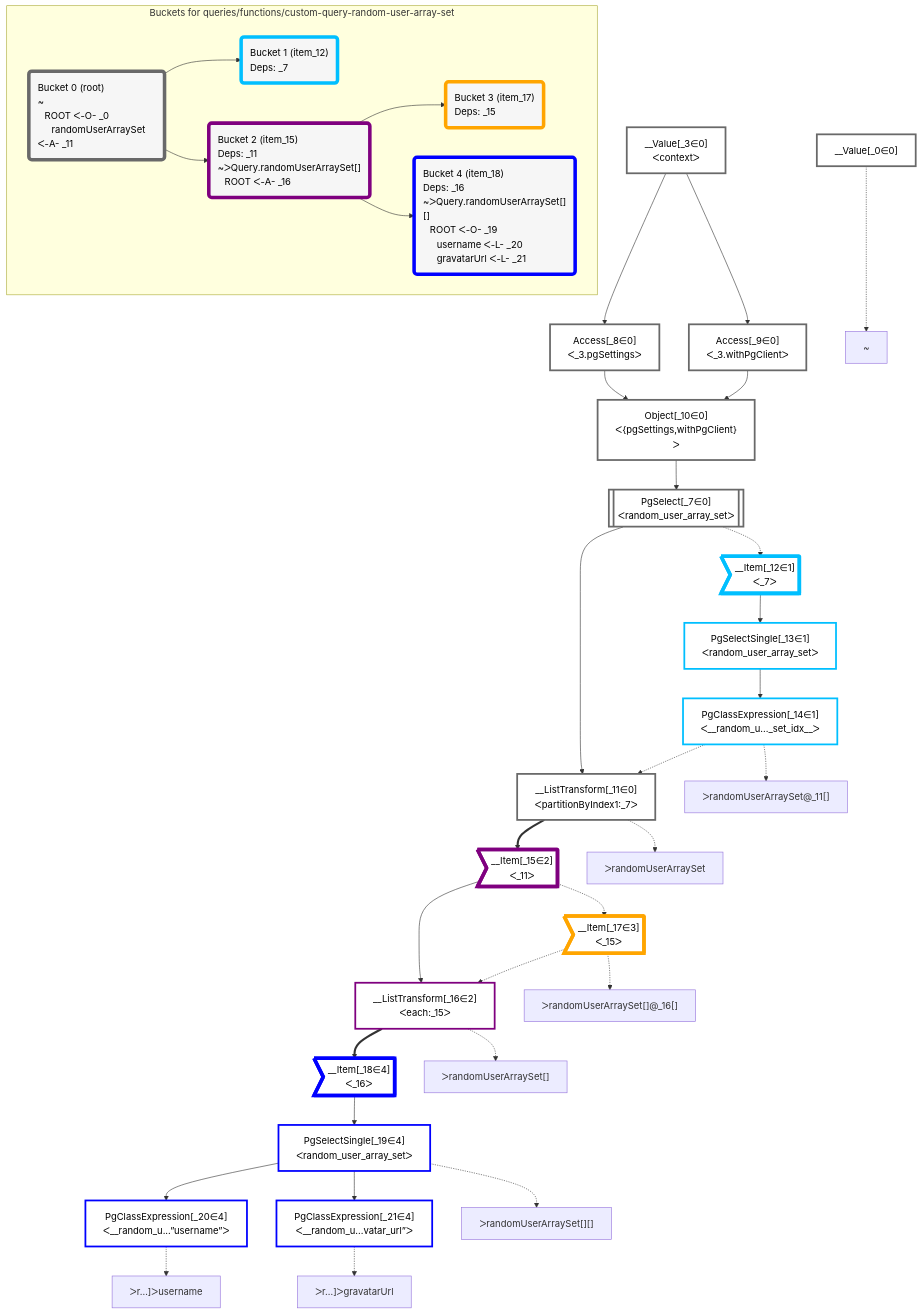
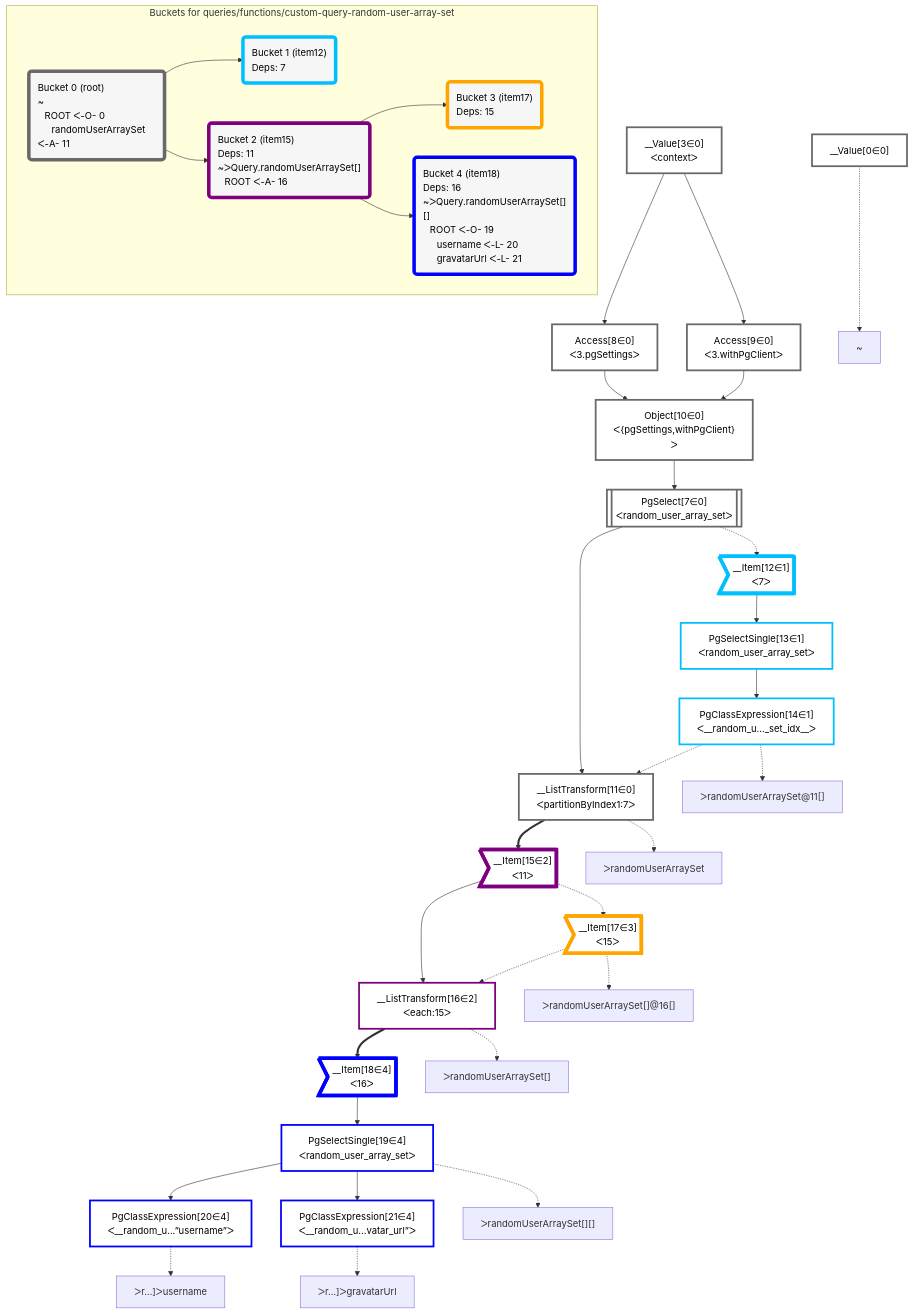
Before and after one commit to graphile/crystal: the diagram in packages/dataplan-pg/__tests__/queries/functions/custom-query-random-user-array-set.mermaid.md, drawn with Mermaid. The commit also changed 195 other files, not shown here.

```diff
--- a/packages/dataplan-pg/__tests__/queries/functions/custom-query-random-user-array-set.mermaid.md
+++ b/packages/dataplan-pg/__tests__/queries/functions/custom-query-random-user-array-set.mermaid.md
@@ -8,77 +8,77 @@
 
 
     %% define plans
-    __Value_0["__Value[_0∈0]"]:::plan
-    PgClassExpression_20["PgClassExpression[_20∈4]<br />ᐸ__random_u...”username”ᐳ"]:::plan
-    PgClassExpression_21["PgClassExpression[_21∈4]<br />ᐸ__random_u...vatar_url”ᐳ"]:::plan
-    PgSelectSingle_19["PgSelectSingle[_19∈4]<br />ᐸrandom_user_array_setᐳ"]:::plan
-    __Item_18>"__Item[_18∈4]<br />ᐸ_16ᐳ"]:::itemplan
-    __ListTransform_16["__ListTransform[_16∈2]<br />ᐸeach:_15ᐳ"]:::plan
-    __Item_17>"__Item[_17∈3]<br />ᐸ_15ᐳ"]:::itemplan
-    __Item_15>"__Item[_15∈2]<br />ᐸ_11ᐳ"]:::itemplan
-    __ListTransform_11["__ListTransform[_11∈0]<br />ᐸpartitionByIndex1:_7ᐳ"]:::plan
-    PgClassExpression_14["PgClassExpression[_14∈1]<br />ᐸ__random_u..._set_idx__ᐳ"]:::plan
-    PgSelectSingle_13["PgSelectSingle[_13∈1]<br />ᐸrandom_user_array_setᐳ"]:::plan
-    __Item_12>"__Item[_12∈1]<br />ᐸ_7ᐳ"]:::itemplan
-    PgSelect_7[["PgSelect[_7∈0]<br />ᐸrandom_user_array_setᐳ"]]:::plan
-    Object_10["Object[_10∈0]<br />ᐸ{pgSettings,withPgClient}ᐳ"]:::plan
-    Access_8["Access[_8∈0]<br />ᐸ_3.pgSettingsᐳ"]:::plan
-    Access_9["Access[_9∈0]<br />ᐸ_3.withPgClientᐳ"]:::plan
-    __Value_3["__Value[_3∈0]<br />ᐸcontextᐳ"]:::plan
+    __Value0["__Value[0∈0]"]:::plan
+    PgClassExpression20["PgClassExpression[20∈4]<br />ᐸ__random_u...”username”ᐳ"]:::plan
+    PgClassExpression21["PgClassExpression[21∈4]<br />ᐸ__random_u...vatar_url”ᐳ"]:::plan
+    PgSelectSingle19["PgSelectSingle[19∈4]<br />ᐸrandom_user_array_setᐳ"]:::plan
+    __Item18>"__Item[18∈4]<br />ᐸ16ᐳ"]:::itemplan
+    __ListTransform16["__ListTransform[16∈2]<br />ᐸeach:15ᐳ"]:::plan
+    __Item17>"__Item[17∈3]<br />ᐸ15ᐳ"]:::itemplan
+    __Item15>"__Item[15∈2]<br />ᐸ11ᐳ"]:::itemplan
+    __ListTransform11["__ListTransform[11∈0]<br />ᐸpartitionByIndex1:7ᐳ"]:::plan
+    PgClassExpression14["PgClassExpression[14∈1]<br />ᐸ__random_u..._set_idx__ᐳ"]:::plan
+    PgSelectSingle13["PgSelectSingle[13∈1]<br />ᐸrandom_user_array_setᐳ"]:::plan
+    __Item12>"__Item[12∈1]<br />ᐸ7ᐳ"]:::itemplan
+    PgSelect7[["PgSelect[7∈0]<br />ᐸrandom_user_array_setᐳ"]]:::plan
+    Object10["Object[10∈0]<br />ᐸ{pgSettings,withPgClient}ᐳ"]:::plan
+    Access8["Access[8∈0]<br />ᐸ3.pgSettingsᐳ"]:::plan
+    Access9["Access[9∈0]<br />ᐸ3.withPgClientᐳ"]:::plan
+    __Value3["__Value[3∈0]<br />ᐸcontextᐳ"]:::plan
 
     %% plan dependencies
-    PgSelectSingle_19 --> PgClassExpression_20
-    PgSelectSingle_19 --> PgClassExpression_21
-    __Item_18 --> PgSelectSingle_19
-    __ListTransform_16 ==> __Item_18
-    __Item_15 --> __ListTransform_16
-    __Item_17 -.-> __ListTransform_16
-    __Item_15 -.-> __Item_17
-    __ListTransform_11 ==> __Item_15
-    PgSelect_7 --> __ListTransform_11
-    PgClassExpression_14 -.-> __ListTransform_11
-    PgSelectSingle_13 --> PgClassExpression_14
-    __Item_12 --> PgSelectSingle_13
-    PgSelect_7 -.-> __Item_12
-    Object_10 --> PgSelect_7
-    Access_8 & Access_9 --> Object_10
-    __Value_3 --> Access_8
-    __Value_3 --> Access_9
+    PgSelectSingle19 --> PgClassExpression20
+    PgSelectSingle19 --> PgClassExpression21
+    __Item18 --> PgSelectSingle19
+    __ListTransform16 ==> __Item18
+    __Item15 --> __ListTransform16
+    __Item17 -.-> __ListTransform16
+    __Item15 -.-> __Item17
+    __ListTransform11 ==> __Item15
+    PgSelect7 --> __ListTransform11
+    PgClassExpression14 -.-> __ListTransform11
+    PgSelectSingle13 --> PgClassExpression14
+    __Item12 --> PgSelectSingle13
+    PgSelect7 -.-> __Item12
+    Object10 --> PgSelect7
+    Access8 & Access9 --> Object10
+    __Value3 --> Access8
+    __Value3 --> Access9
 
     %% plan-to-path relationships
-    P_0["~"]
-    __Value_0 -.-> P_0
-    P_11["ᐳrandomUserArraySet"]
-    __ListTransform_11 -.-> P_11
-    P_14["ᐳrandomUserArraySet@_11[]"]
-    PgClassExpression_14 -.-> P_14
-    P_16["ᐳrandomUserArraySet[]"]
-    __ListTransform_16 -.-> P_16
-    P_17["ᐳrandomUserArraySet[]@_16[]"]
-    __Item_17 -.-> P_17
-    P_19["ᐳrandomUserArraySet[][]"]
-    PgSelectSingle_19 -.-> P_19
-    P_20["ᐳr…]ᐳusername"]
-    PgClassExpression_20 -.-> P_20
-    P_21["ᐳr…]ᐳgravatarUrl"]
-    PgClassExpression_21 -.-> P_21
+    P0["~"]
+    __Value0 -.-> P0
+    P11["ᐳrandomUserArraySet"]
+    __ListTransform11 -.-> P11
+    P14["ᐳrandomUserArraySet@11[]"]
+    PgClassExpression14 -.-> P14
+    P16["ᐳrandomUserArraySet[]"]
+    __ListTransform16 -.-> P16
+    P17["ᐳrandomUserArraySet[]@16[]"]
+    __Item17 -.-> P17
+    P19["ᐳrandomUserArraySet[][]"]
+    PgSelectSingle19 -.-> P19
+    P20["ᐳr…]ᐳusername"]
+    PgClassExpression20 -.-> P20
+    P21["ᐳr…]ᐳgravatarUrl"]
+    PgClassExpression21 -.-> P21
 
     subgraph "Buckets for queries/functions/custom-query-random-user-array-set"
-    Bucket0("Bucket 0 (root)<br />~<br />⠀ROOT ᐸ-O- _0<br />⠀⠀randomUserArraySet ᐸ-A- _11"):::bucket
+    Bucket0("Bucket 0 (root)<br />~<br />⠀ROOT ᐸ-O- 0<br />⠀⠀randomUserArraySet ᐸ-A- 11"):::bucket
     classDef bucket0 stroke:#696969
-    class Bucket0,__Value_0,__Value_3,PgSelect_7,Access_8,Access_9,Object_10,__ListTransform_11 bucket0
-    Bucket1("Bucket 1 (item_12)<br />Deps: _7"):::bucket
+    class Bucket0,__Value0,__Value3,PgSelect7,Access8,Access9,Object10,__ListTransform11 bucket0
+    Bucket1("Bucket 1 (item12)<br />Deps: 7"):::bucket
     classDef bucket1 stroke:#00bfff
-    class Bucket1,__Item_12,PgSelectSingle_13,PgClassExpression_14 bucket1
-    Bucket2("Bucket 2 (item_15)<br />Deps: _11<br />~ᐳQuery.randomUserArraySet[]<br />⠀ROOT ᐸ-A- _16"):::bucket
+    class Bucket1,__Item12,PgSelectSingle13,PgClassExpression14 bucket1
+    Bucket2("Bucket 2 (item15)<br />Deps: 11<br />~ᐳQuery.randomUserArraySet[]<br />⠀ROOT ᐸ-A- 16"):::bucket
     classDef bucket2 stroke:#7f007f
-    class Bucket2,__Item_15,__ListTransform_16 bucket2
-    Bucket3("Bucket 3 (item_17)<br />Deps: _15"):::bucket
+    class Bucket2,__Item15,__ListTransform16 bucket2
+    Bucket3("Bucket 3 (item17)<br />Deps: 15"):::bucket
     classDef bucket3 stroke:#ffa500
-    class Bucket3,__Item_17 bucket3
-    Bucket4("Bucket 4 (item_18)<br />Deps: _16<br />~ᐳQuery.randomUserArraySet[][]<br />⠀ROOT ᐸ-O- _19<br />⠀⠀username ᐸ-L- _20<br />⠀⠀gravatarUrl ᐸ-L- _21"):::bucket
+    class Bucket3,__Item17 bucket3
+    Bucket4("Bucket 4 (item18)<br />Deps: 16<br />~ᐳQuery.randomUserArraySet[][]<br />⠀ROOT ᐸ-O- 19<br />⠀⠀username ᐸ-L- 20<br />⠀⠀gravatarUrl ᐸ-L- 21"):::bucket
     classDef bucket4 stroke:#0000ff
-    class Bucket4,__Item_18,PgSelectSingle_19,PgClassExpression_20,PgClassExpression_21 bucket4
+    class Bucket4,__Item18,PgSelectSingle19,PgClassExpression20,PgClassExpression21 bucket4
     Bucket0 --> Bucket1 & Bucket2
     Bucket2 --> Bucket3 & Bucket4
     end
```
